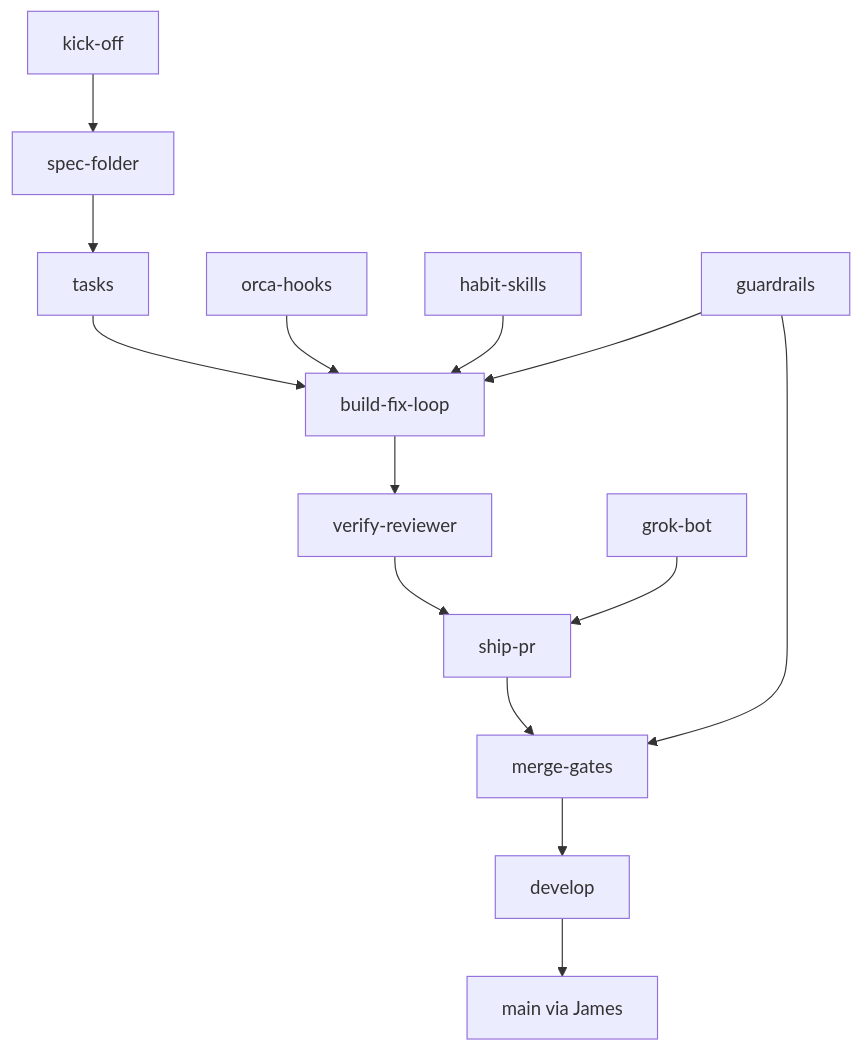
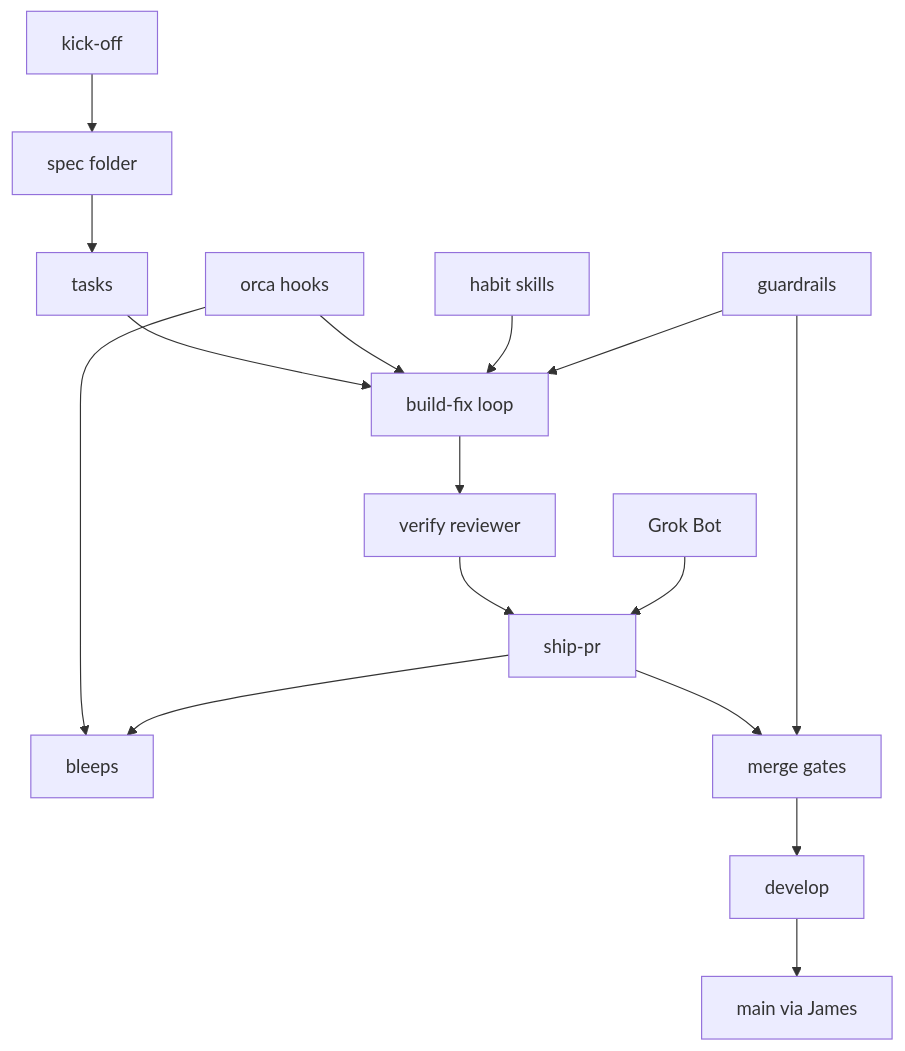
Before and after one commit to eljamez/bleeps-and-bloops: the diagram in docs/primitives.md, drawn with Mermaid. The commit also changed other lines of this file and 6 other files, not shown here.

````diff
--- a/docs/primitives.md
+++ b/docs/primitives.md
@@ -19,16 +28,18 @@
 ```mermaid
 flowchart TD
-  kickOff[kick-off] --> specFolder[spec-folder]
+  kickOff[kick-off] --> specFolder[spec folder]
   specFolder --> tasks[tasks]
-  tasks --> loop[build-fix-loop]
-  orcaHooks[orca-hooks] --> loop
-  habitSkills[habit-skills] --> loop
+  tasks --> loop[build-fix loop]
+  orcaHooks[orca hooks] --> loop
+  habitSkills[habit skills] --> loop
   guardrails[guardrails] --> loop
-  loop --> verifyReviewer[verify-reviewer]
+  orcaHooks --> bleeps[bleeps]
+  loop --> verifyReviewer[verify reviewer]
   verifyReviewer --> shipPr[ship-pr]
-  grokBot[grok-bot] --> shipPr
-  shipPr --> mergeGates[merge-gates]
+  grokBot[Grok Bot] --> shipPr
+  shipPr --> mergeGates[merge gates]
   guardrails --> mergeGates
+  shipPr --> bleeps
   mergeGates --> developBranch[develop]
   developBranch --> mainBranch[main via James]
 ```
````
